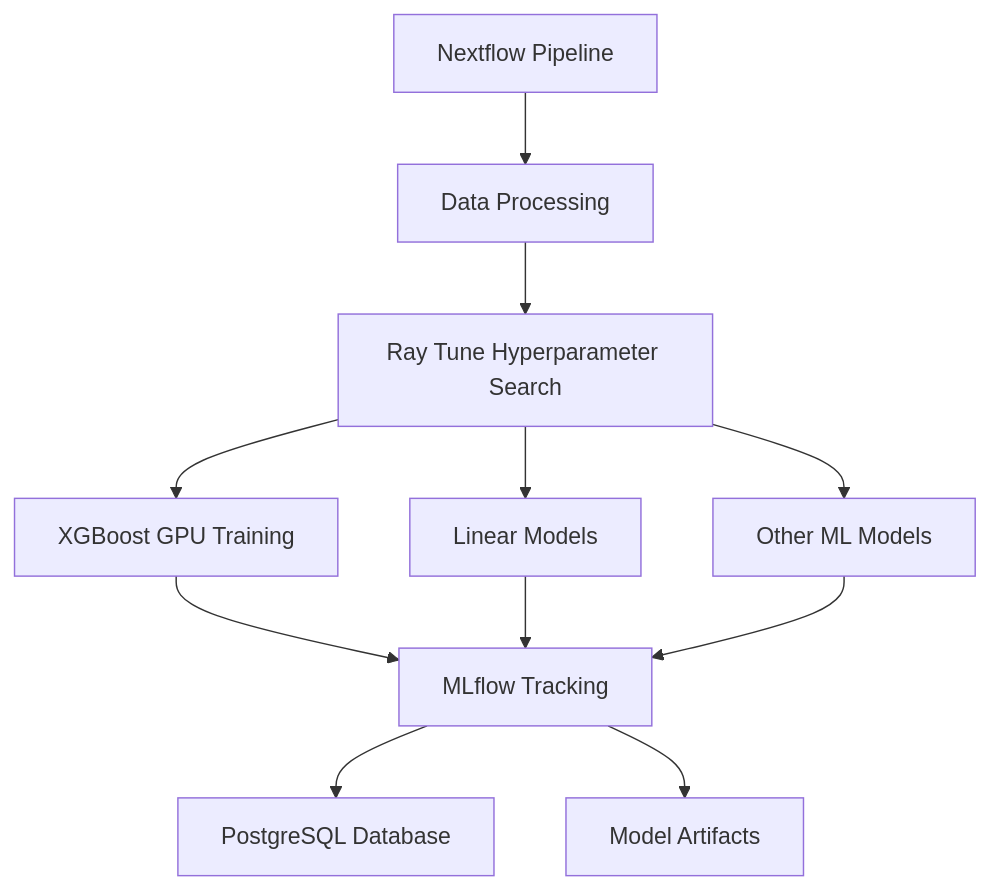
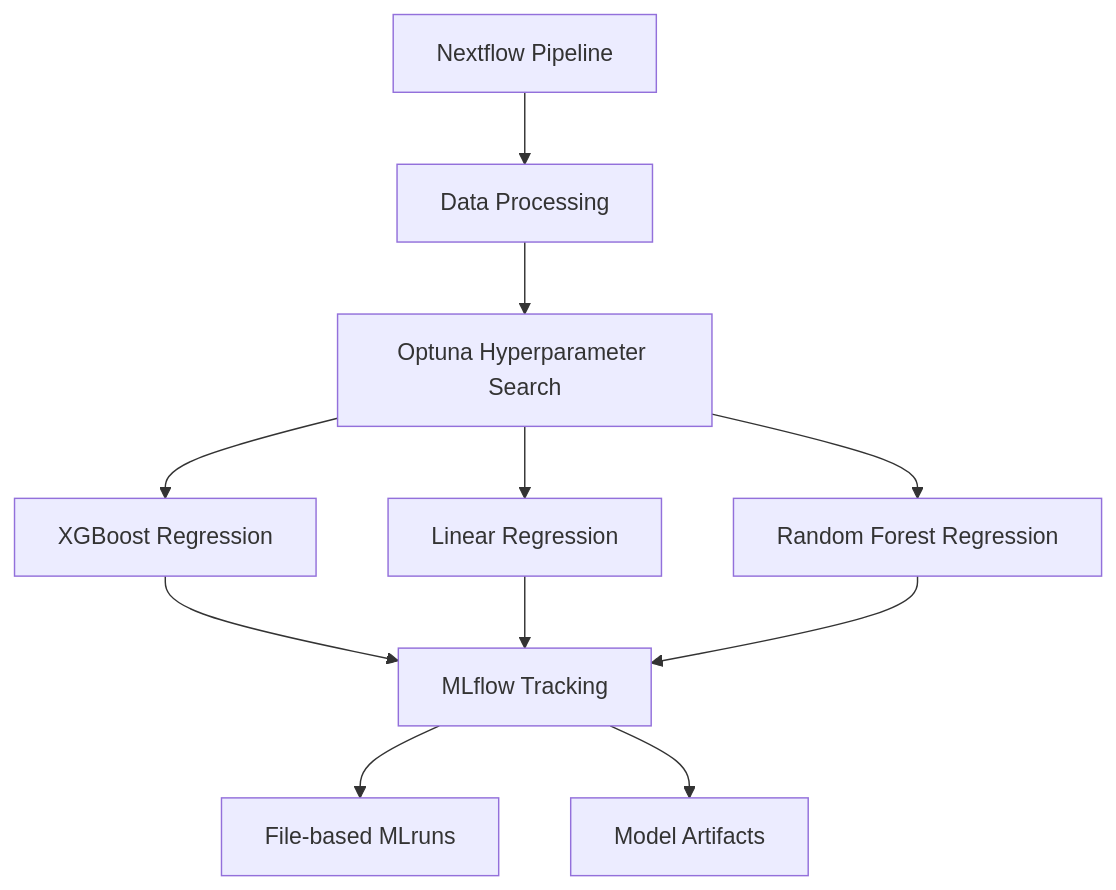
One commit to JohanLassen/ml_project changed the diagram in README.md. Above: the diagram before and after it, drawn with Mermaid. The commit also changed other lines of this file and 37 other files, not shown here.

````diff
--- a/README.md
+++ b/README.md
@@ -23,13 +23,13 @@
 ```mermaid
 graph TD
     A[Nextflow Pipeline] --> B[Data Processing]
-    B --> C[Ray Tune Hyperparameter Search]
-    C --> D[XGBoost GPU Training]
-    C --> E[Linear Models]
-    C --> F[Other ML Models]
+    B --> C[Optuna Hyperparameter Search]
+    C --> D[XGBoost Regression]
+    C --> E[Linear Regression]
+    C --> F[Random Forest Regression]
     D --> G[MLflow Tracking]
     E --> G
     F --> G
-    G --> H[PostgreSQL Database]
+    G --> H[File-based MLruns]
     G --> I[Model Artifacts]
 ```
````
